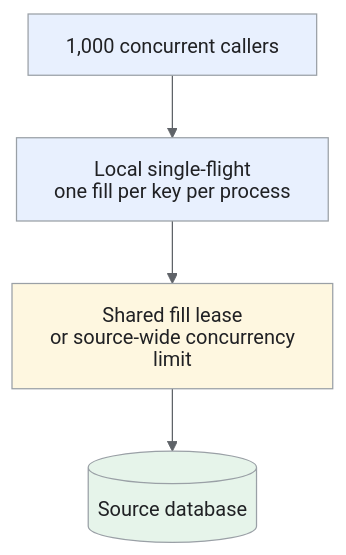
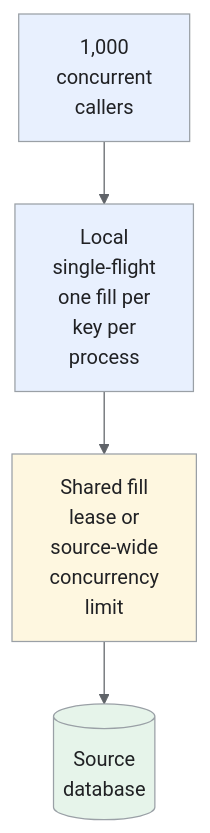
One commit to iliazlobin/iliazlobin.github.io changed the sixth of 6 diagrams in _designs/system-design-distributed-cache.md. Above: the diagram before and after it, drawn with Mermaid. The commit also changed other lines of this file and 116 other files, not shown here.

````diff
--- a/_designs/system-design-distributed-cache.md
+++ b/_designs/system-design-distributed-cache.md
@@ -315,14 +361,14 @@
 ```mermaid
-%%{init: {'theme':'base','htmlLabels':false,'flowchart':{'htmlLabels':false},'themeVariables':{'fontFamily':'Arial, sans-serif','primaryColor':'#e8f0fe','primaryTextColor':'#202124','primaryBorderColor':'#9aa0a6','lineColor':'#5f6368','secondaryColor':'#e6f4ea','tertiaryColor':'#fef7e0','actorBkg':'#e8f0fe','actorBorder':'#9aa0a6','actorTextColor':'#202124','noteBkgColor':'#fef7e0','noteTextColor':'#202124','noteBorderColor':'#9aa0a6','signalColor':'#5f6368','signalTextColor':'#202124','labelBoxBkgColor':'#fef7e0','labelBoxBorderColor':'#9aa0a6'}}}%%
+%%{init: {'theme':'base','themeVariables':{'primaryColor':'#e8f0fe','primaryTextColor':'#202124','primaryBorderColor':'#9aa0a6','lineColor':'#5f6368','secondaryColor':'#e6f4ea','tertiaryColor':'#fef7e0','actorBkg':'#e8f0fe','actorBorder':'#9aa0a6','actorTextColor':'#202124','noteBkgColor':'#fef7e0','noteTextColor':'#202124','noteBorderColor':'#9aa0a6','signalColor':'#5f6368','signalTextColor':'#202124','labelBoxBkgColor':'#fef7e0','labelBoxBorderColor':'#9aa0a6'}}}%%
 flowchart TB
-  C["1,000 concurrent callers"] --> L["Local single-flight<br>one fill per key per process"]
-  L --> B["Shared fill lease<br>or source-wide concurrency limit"]
-  B --> D[("Source database")]
+  C["1,000<br>concurrent<br>callers"] --> L["Local<br>single-flight<br>one fill per<br>key per<br>process"]
+  L --> B["Shared fill<br>lease or<br>source-wide<br>concurrency<br>limit"]
+  B --> D[("Source<br>database")]
   class C,L request
   class B control
   class D data
 classDef request fill:#e8f0fe,stroke:#9aa0a6,color:#202124;
 classDef data fill:#e6f4ea,stroke:#9aa0a6,color:#202124;
 classDef control fill:#fef7e0,stroke:#9aa0a6,color:#202124;
 classDef danger fill:#fce8e6,stroke:#9aa0a6,color:#202124;
 ```
````
